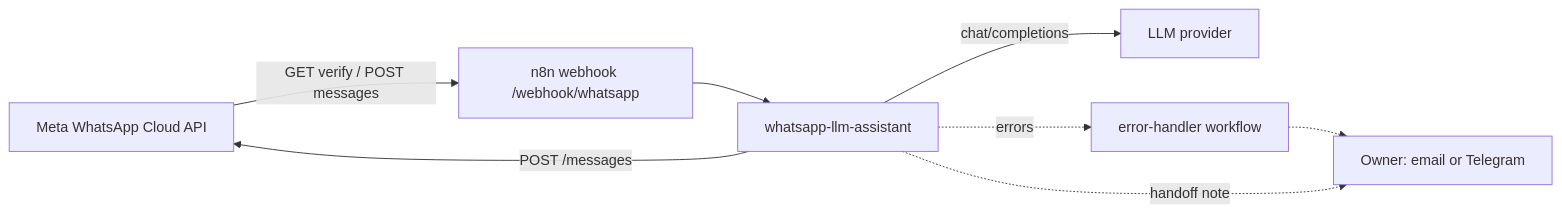
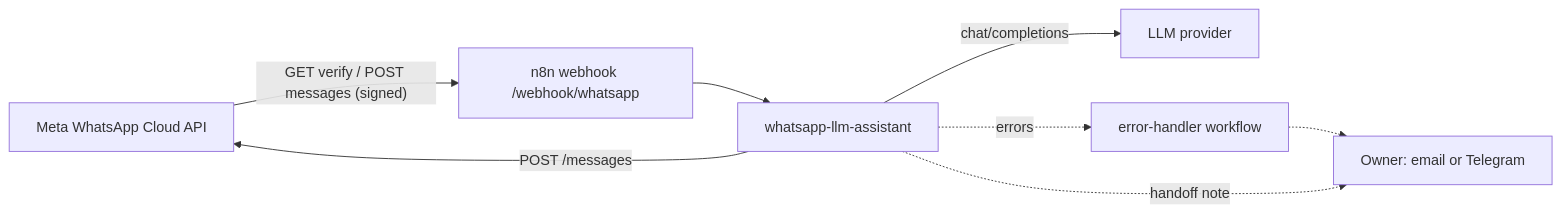
Before and after one commit to Srproxo/whatsapp-n8n-llm-starter: the diagram in docs/architecture.md, drawn with Mermaid. The commit also changed other lines of this file and 3 other files, not shown here.

````diff
--- a/docs/architecture.md
+++ b/docs/architecture.md
@@ -5,10 +5,10 @@
 ```mermaid
 flowchart LR
-  M[Meta WhatsApp Cloud API] -- "GET verify / POST messages" --> N[n8n webhook /webhook/whatsapp]
+  M[Meta WhatsApp Cloud API] -- "GET verify / POST messages (signed)" --> N[n8n webhook /webhook/whatsapp]
   N --> W[whatsapp-llm-assistant]
   W -- "chat/completions" --> L[LLM provider]
   W -- "POST /messages" --> M
   W -. "errors" .-> E[error-handler workflow]
   E -.-> O[Owner: email or Telegram]
   W -. "handoff note" .-> O
 ```
````
